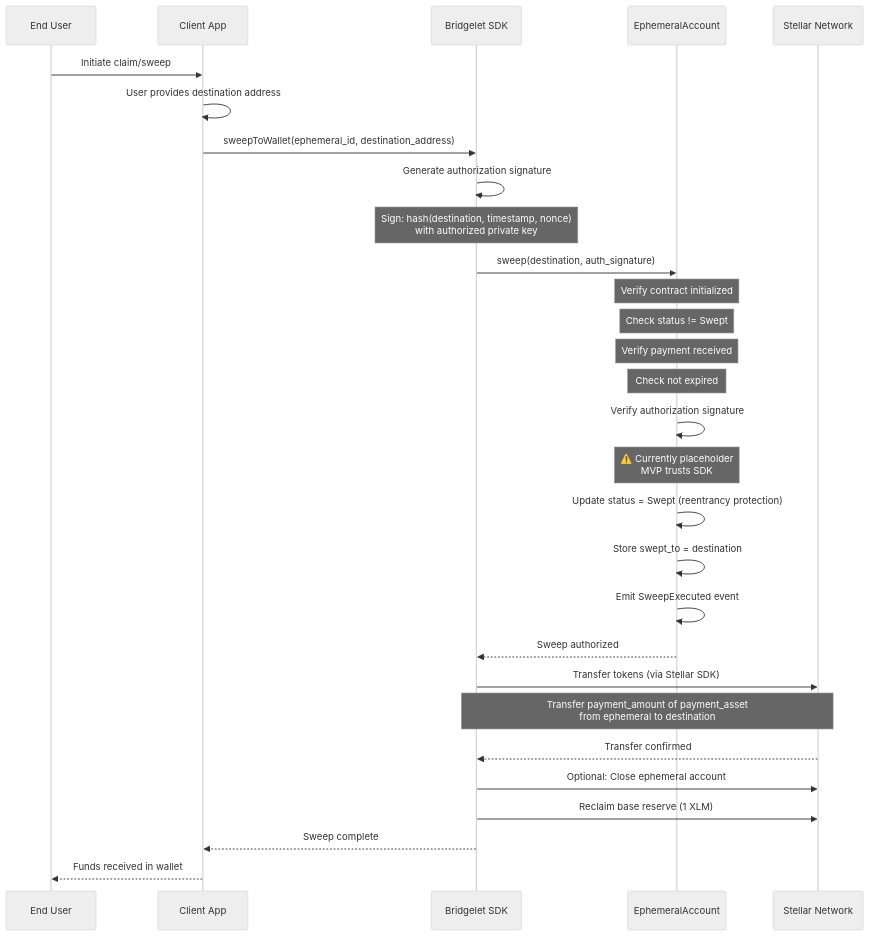
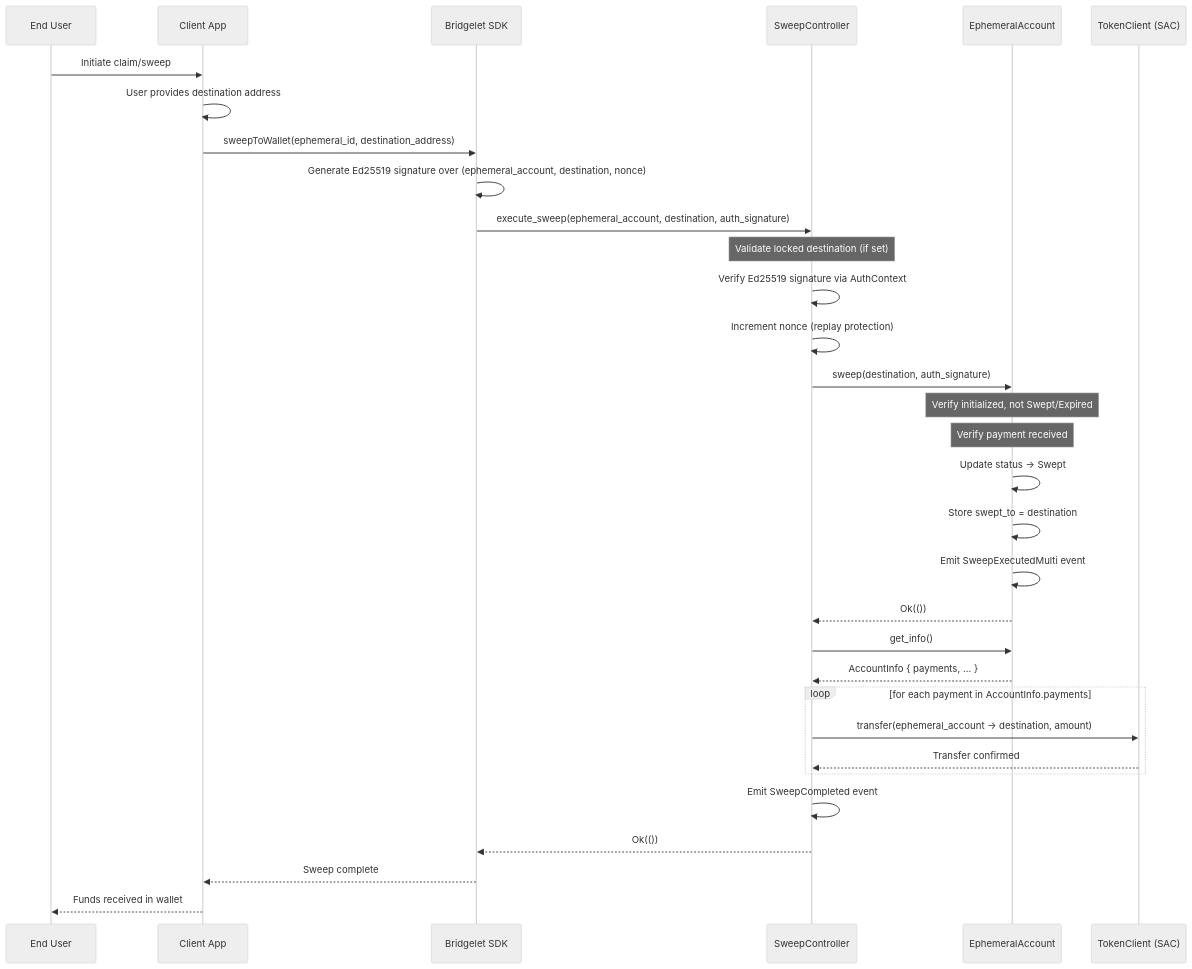
The fourth of 5 diagrams in docs/architecture.md (bridgelet-org/bridgelet-core), drawn with Mermaid (neutral theme) before and after one commit. The commit also changed other lines of this file, not shown here.

First line of the commit message:
docs: update architecture.md to reflect fully implemented contract suite

````diff
--- a/docs/architecture.md
+++ b/docs/architecture.md
@@ -659,40 +705,43 @@
 ```mermaid
 sequenceDiagram
     participant User as End User
     participant Client as Client App
     participant SDK as Bridgelet SDK
-    participant Contract as EphemeralAccount
-    participant Stellar as Stellar Network
+    participant Sweep as SweepController
+    participant Ephemeral as EphemeralAccount
+    participant Token as TokenClient (SAC)
 
     User->>Client: Initiate claim/sweep
     Client->>Client: User provides destination address
     Client->>SDK: sweepToWallet(ephemeral_id, destination_address)
-    
-    SDK->>SDK: Generate authorization signature
-    Note over SDK: Sign: hash(destination, timestamp, nonce)<br/>with authorized private key
-    
-    SDK->>Contract: sweep(destination, auth_signature)
-    
-    Note over Contract: Verify contract initialized
-    Note over Contract: Check status != Swept
-    Note over Contract: Verify payment received
-    Note over Contract: Check not expired
-    
-    Contract->>Contract: Verify authorization signature
-    Note over Contract: ⚠️ Currently placeholder<br/>MVP trusts SDK
-    
-    Contract->>Contract: Update status = Swept (reentrancy protection)
-    Contract->>Contract: Store swept_to = destination
-    Contract->>Contract: Emit SweepExecuted event
-    Contract-->>SDK: Sweep authorized
-    
-    SDK->>Stellar: Transfer tokens (via Stellar SDK)
-    Note over SDK,Stellar: Transfer payment_amount of payment_asset<br/>from ephemeral to destination
-    Stellar-->>SDK: Transfer confirmed
-    
-    SDK->>Stellar: Optional: Close ephemeral account
-    SDK->>Stellar: Reclaim base reserve (1 XLM)
-    
+
+    SDK->>SDK: Generate Ed25519 signature over (ephemeral_account, destination, nonce)
+
+    SDK->>Sweep: execute_sweep(ephemeral_account, destination, auth_signature)
+
+    Note over Sweep: Validate locked destination (if set)
+    Sweep->>Sweep: Verify Ed25519 signature via AuthContext
+    Sweep->>Sweep: Increment nonce (replay protection)
+
+    Sweep->>Ephemeral: sweep(destination, auth_signature)
+    Note over Ephemeral: Verify initialized, not Swept/Expired
+    Note over Ephemeral: Verify payment received
+    Ephemeral->>Ephemeral: Update status → Swept
+    Ephemeral->>Ephemeral: Store swept_to = destination
+    Ephemeral->>Ephemeral: Emit SweepExecutedMulti event
+    Ephemeral-->>Sweep: Ok(())
+
+    Sweep->>Ephemeral: get_info()
+    Ephemeral-->>Sweep: AccountInfo { payments, ... }
+
+    loop for each payment in AccountInfo.payments
+        Sweep->>Token: transfer(ephemeral_account → destination, amount)
+        Token-->>Sweep: Transfer confirmed
+    end
+
+    Sweep->>Sweep: Emit SweepCompleted event
+    Sweep-->>SDK: Ok(())
+
     SDK-->>Client: Sweep complete
     Client-->>User: Funds received in wallet
 ```
````
